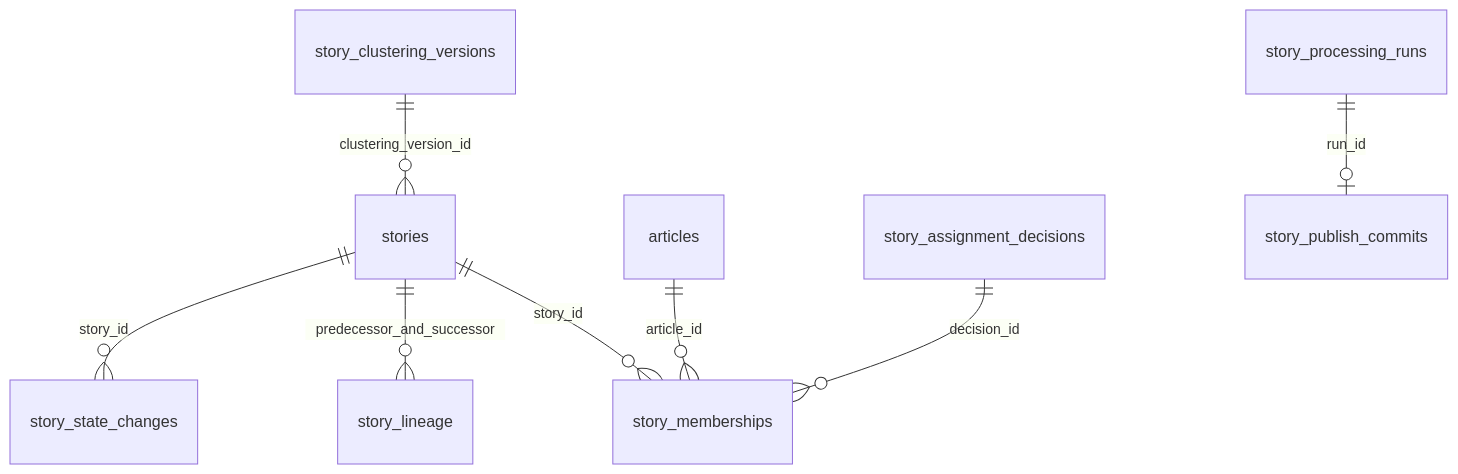
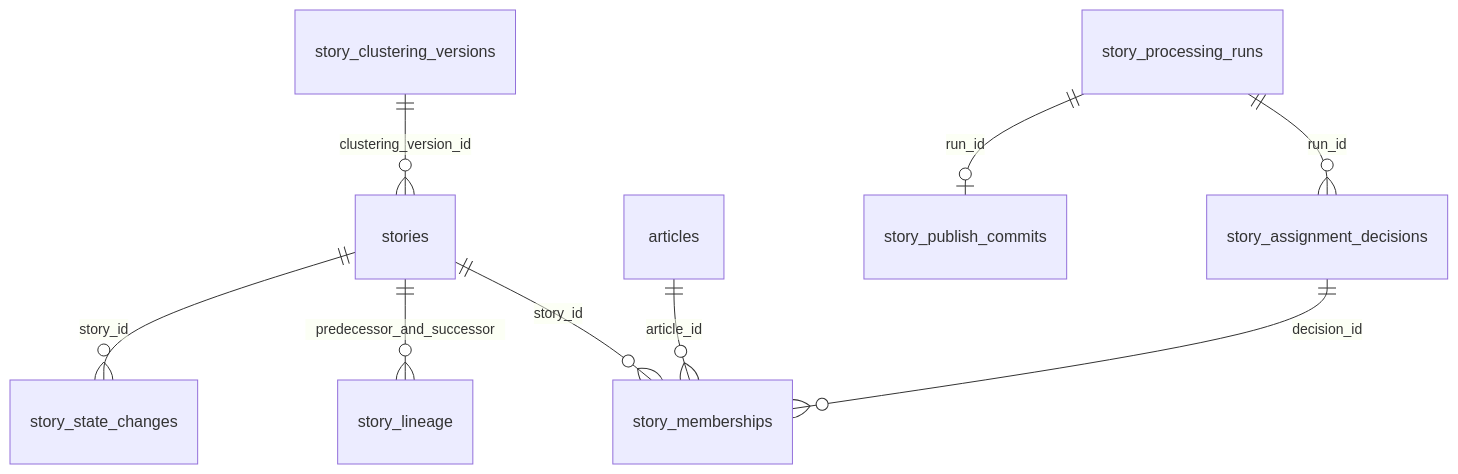
The third of 4 diagrams in docs/database-overview.md (Lnscc/global-news-engine-v1), drawn with Mermaid before and after one commit. The commit also changed other lines of this file and 3 other files, not shown here.

Commit message:
docs: update story architecture overview

````diff
--- a/docs/database-overview.md
+++ b/docs/database-overview.md
@@ -54,10 +54,11 @@
 ```mermaid
 erDiagram
     story_clustering_versions ||--o{ stories : clustering_version_id
     stories ||--o{ story_memberships : story_id
     articles ||--o{ story_memberships : article_id
+    story_processing_runs ||--o{ story_assignment_decisions : run_id
     story_assignment_decisions ||--o{ story_memberships : decision_id
     stories ||--o{ story_lineage : predecessor_and_successor
     stories ||--o{ story_state_changes : story_id
     story_processing_runs ||--o| story_publish_commits : run_id
 ```
````
